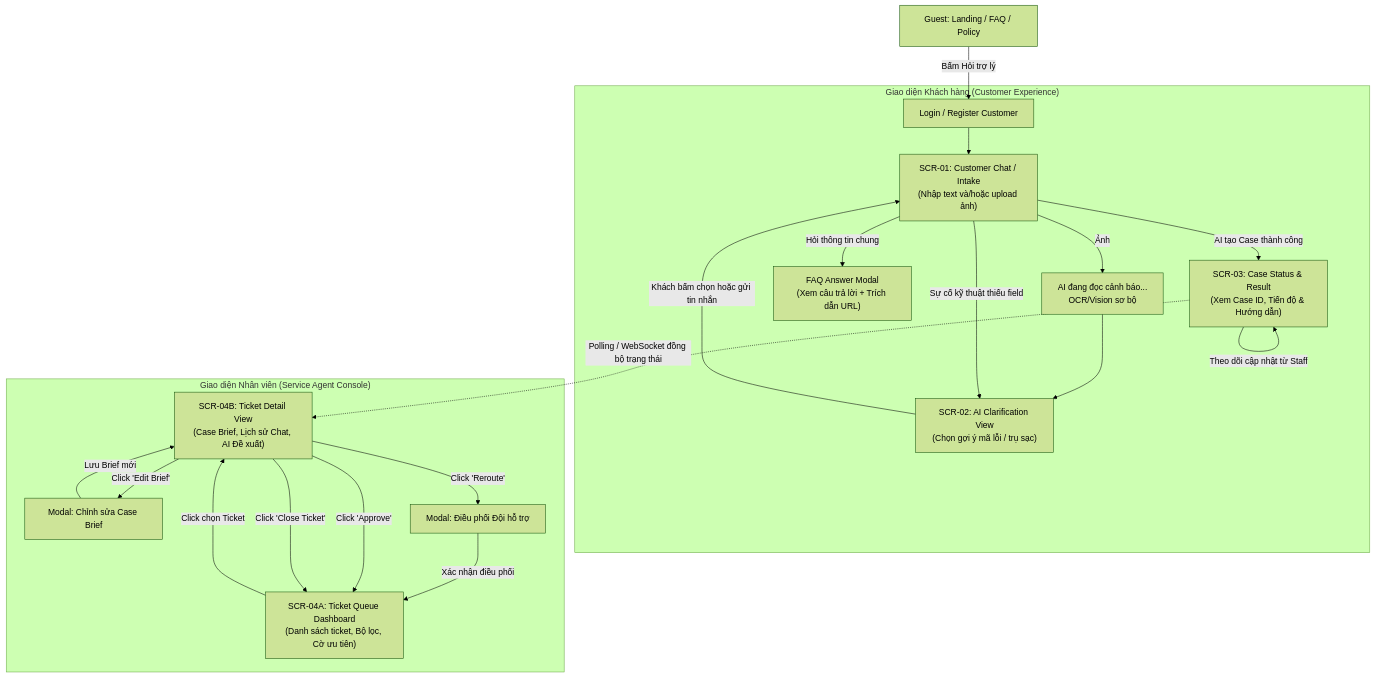
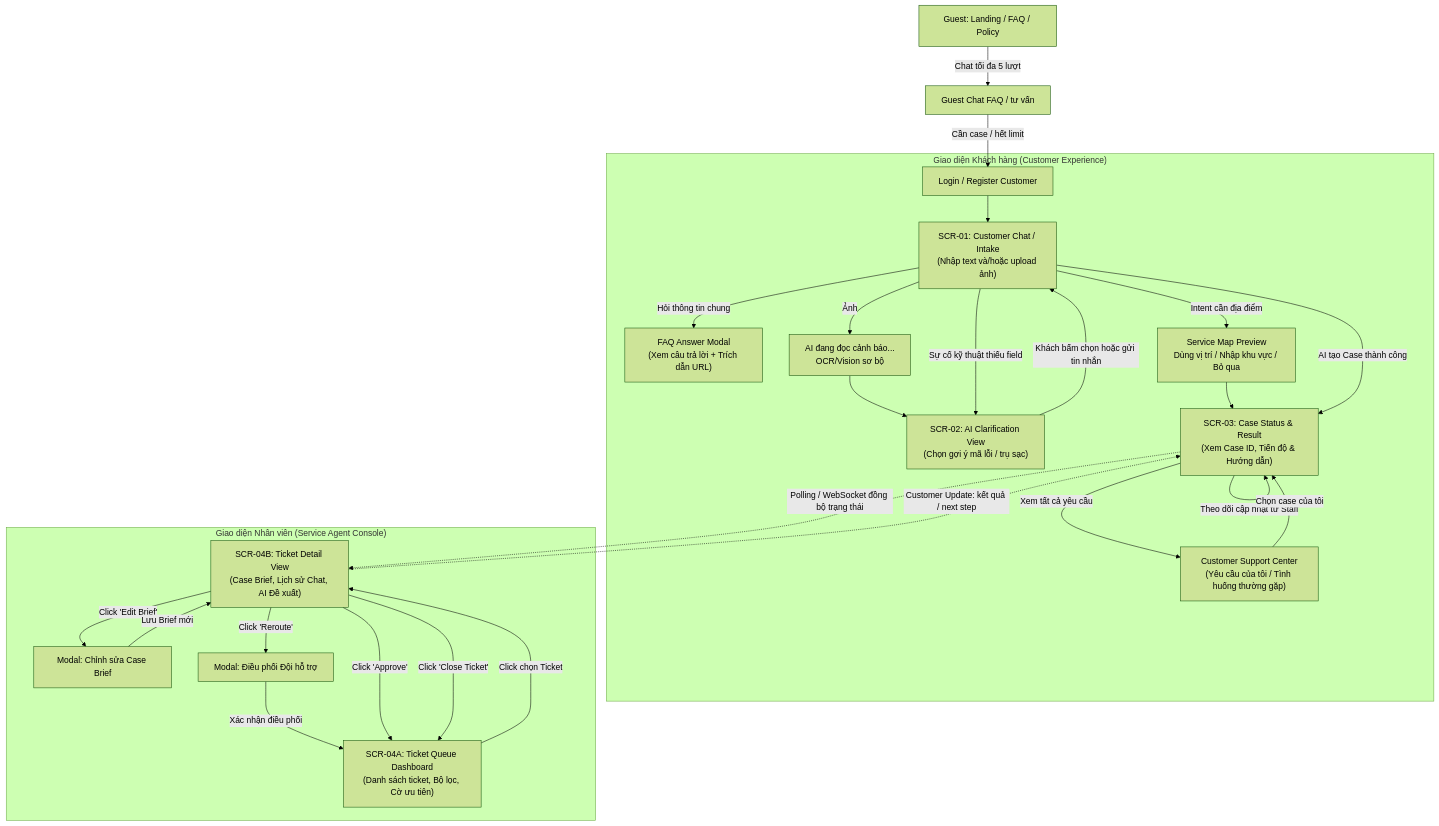
Before and after one commit to TheViet298/viet-ai: the diagram in docs/design/ui-flow.md, drawn with Mermaid (forest theme). The commit also changed other lines of this file and 442 other files, not shown here.

````diff
--- a/docs/design/ui-flow.md
+++ b/docs/design/ui-flow.md
@@ -11,41 +11,48 @@
 ```mermaid
 flowchart TD
     %% Public / Access
-    Guest["Guest: Landing / FAQ / Policy"] -->|Bấm Hỏi trợ lý| Login["Login / Register Customer"]
+    Guest["Guest: Landing / FAQ / Policy"] -->|Chat tối đa 5 lượt| GuestChat["Guest Chat FAQ / tư vấn"]
+    GuestChat -->|Cần case / hết limit| Login["Login / Register Customer"]
 
     %% Customer App
     subgraph CustomerApp ["Giao diện Khách hàng (Customer Experience)"]
         M1["SCR-01: Customer Chat / Intake\n(Nhập text và/hoặc upload ảnh)"]
         M2["SCR-02: AI Clarification View\n(Chọn gợi ý mã lỗi / trụ sạc)"]
         M3["SCR-03: Case Status & Result\n(Xem Case ID, Tiến độ & Hướng dẫn)"]
+        SupportCenter["Customer Support Center\n(Yêu cầu của tôi / Tình huống thường gặp)"]
         FAQView["FAQ Answer Modal\n(Xem câu trả lời + Trích dẫn URL)"]
 
         Login --> M1
         M1 -->|Ảnh| Vision["AI đang đọc cảnh báo...\nOCR/Vision sơ bộ"]
         Vision --> M2
+        M1 -->|Intent cần địa điểm| Map["Service Map Preview\nDùng vị trí / Nhập khu vực / Bỏ qua"]
+        Map --> M3
         M1 -->|Hỏi thông tin chung| FAQView
         M1 -->|Sự cố kỹ thuật thiếu field| M2
         M2 -->|Khách bấm chọn hoặc gửi tin nhắn| M1
         M1 -->|AI tạo Case thành công| M3
         M3 -->|Theo dõi cập nhật từ Staff| M3
+        M3 -->|Xem tất cả yêu cầu| SupportCenter
+        SupportCenter -->|Chọn case của tôi| M3
     end
 
     %% Staff App
     subgraph StaffApp ["Giao diện Nhân viên (Service Agent Console)"]
         S1["SCR-04A: Ticket Queue Dashboard\n(Danh sách ticket, Bộ lọc, Cờ ưu tiên)"]
         S2["SCR-04B: Ticket Detail View\n(Case Brief, Lịch sử Chat, AI Đề xuất)"]
         S_Edit["Modal: Chỉnh sửa Case Brief"]
         S_Reroute["Modal: Điều phối Đội hỗ trợ"]
 
         S1 -->|Click chọn Ticket| S2
         S2 -->|Click 'Edit Brief'| S_Edit
         S_Edit -->|Lưu Brief mới| S2
         S2 -->|Click 'Reroute'| S_Reroute
         S_Reroute -->|Xác nhận điều phối| S1
         S2 -->|Click 'Approve'| S1
         S2 -->|Click 'Close Ticket'| S1
     end
 
     %% Đồng bộ dữ liệu
     M3 -.->|Polling / WebSocket đồng bộ trạng thái| S2
+    S2 -.->|Customer Update: kết quả / next step| M3
 ```
````
